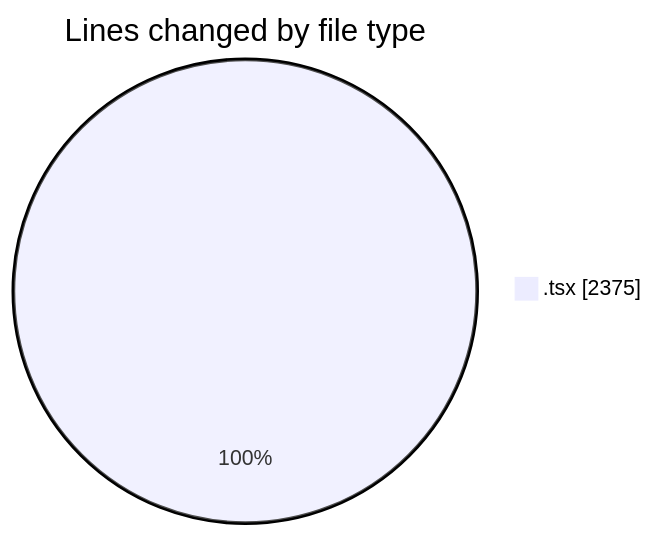
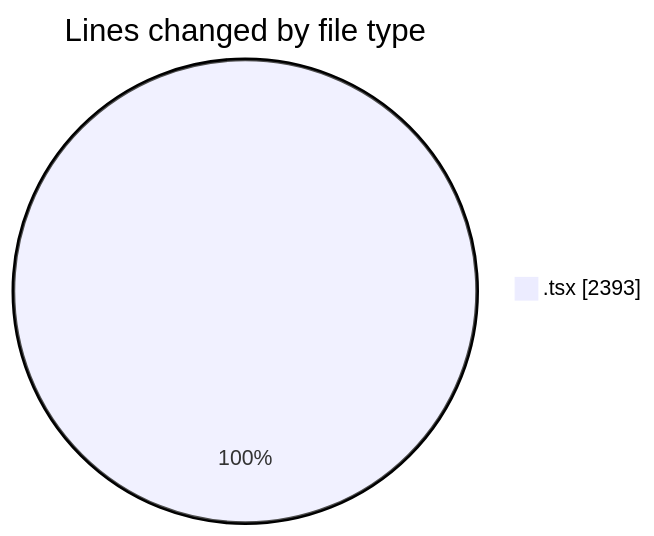
The first of 2 diagrams in 2026-02-09/nxtqube_webapp/README.md (nxtqubesakshisongat/code-tracking), drawn with Mermaid before and after one commit. The commit also changed other lines of this file and 1 other file, not shown here.

````diff
--- a/2026-02-09/nxtqube_webapp/README.md
+++ b/2026-02-09/nxtqube_webapp/README.md
@@ -22,5 +22,5 @@
 ```mermaid
 pie showData
 title Lines changed by file type
-".tsx" : 2375
+".tsx" : 2393
 ```
````
